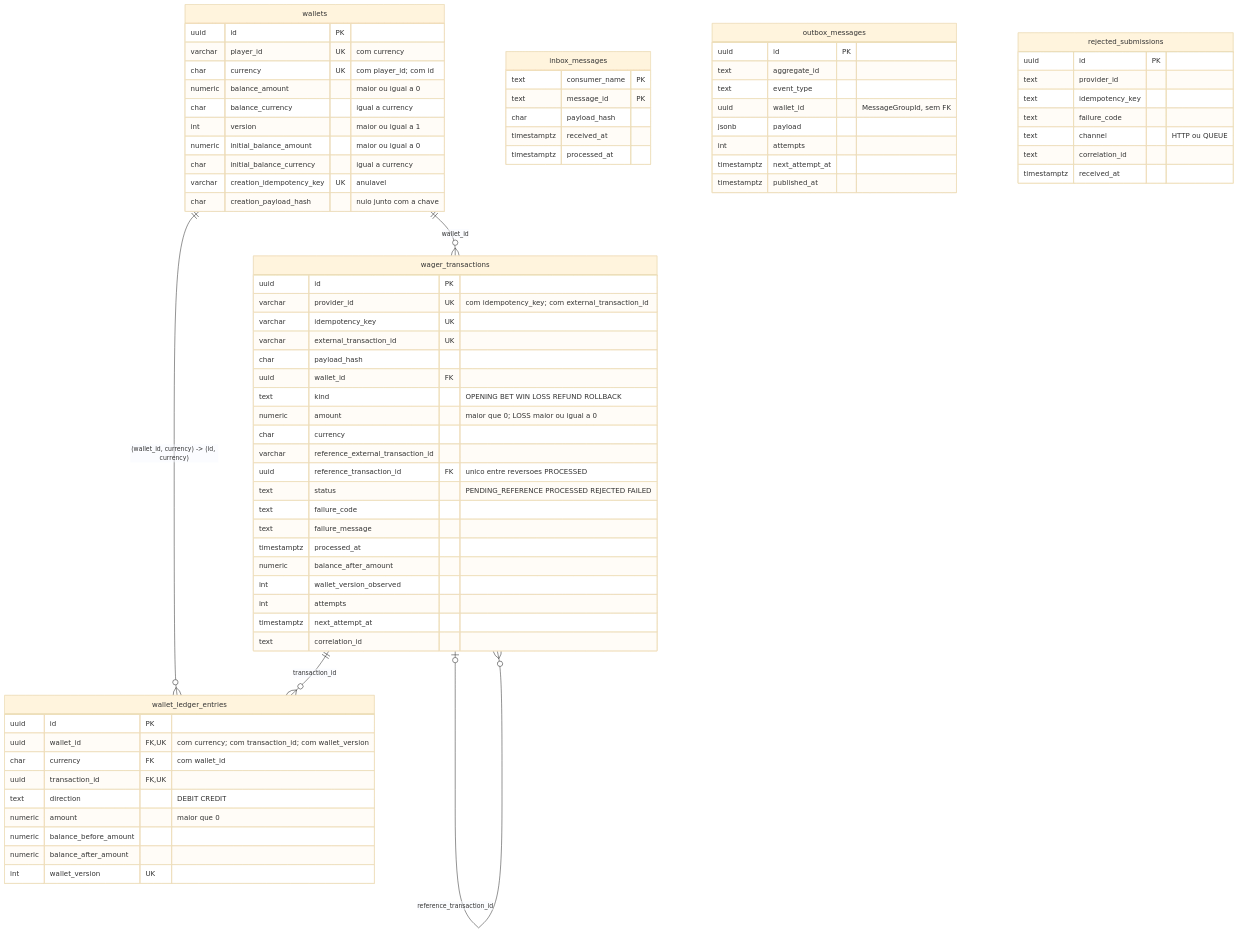
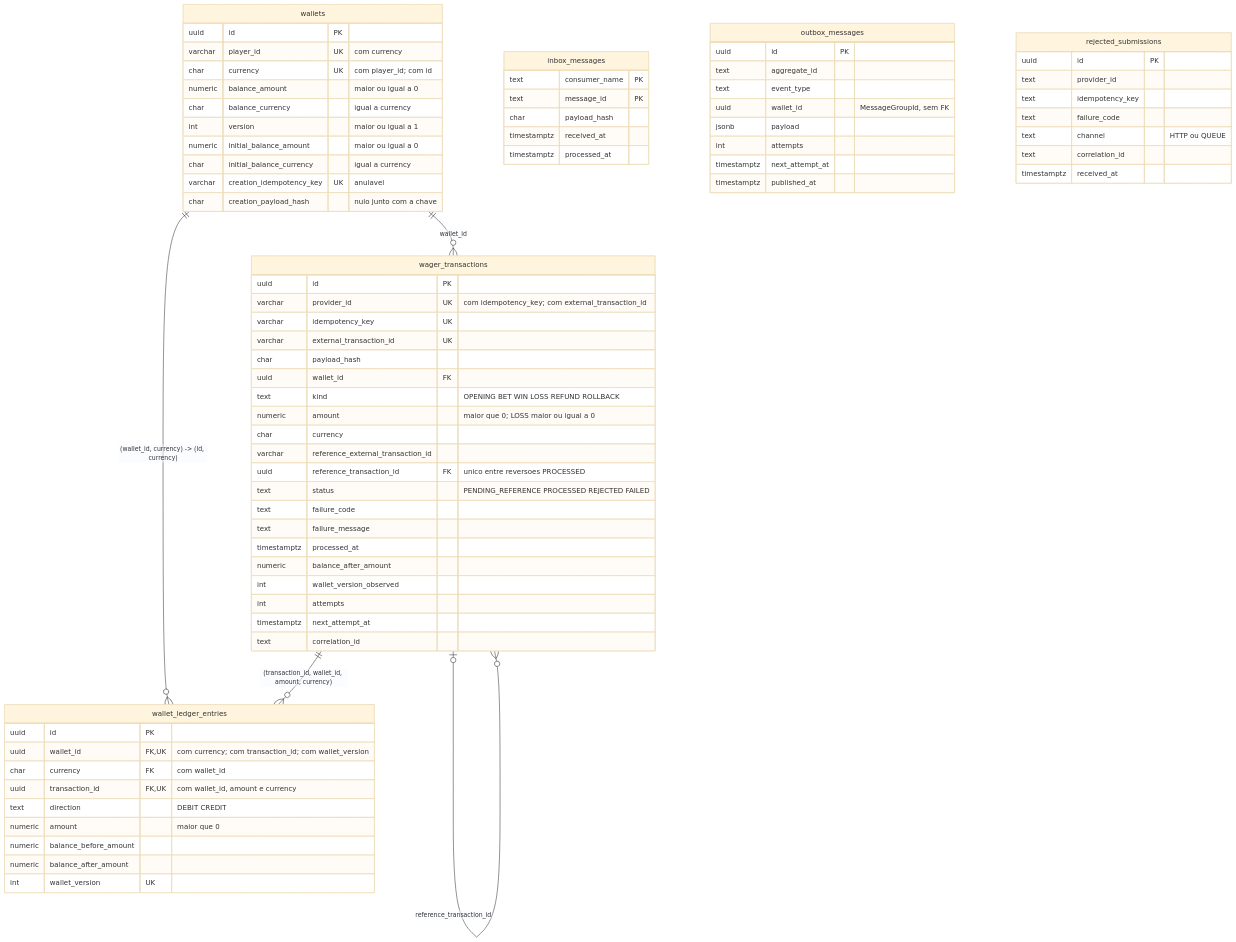
One commit to PPrauchner/distributed-wagering-processor changed the diagram in docs/data-model.md. Above: the diagram before and after it, drawn with Mermaid (base theme). The commit also changed other lines of this file and 1 other file, not shown here.

```diff
--- a/docs/data-model.md
+++ b/docs/data-model.md
@@ -22,7 +22,7 @@
 erDiagram
     wallets ||--o{ wager_transactions : "wallet_id"
     wallets ||--o{ wallet_ledger_entries : "(wallet_id, currency) -> (id, currency)"
-    wager_transactions ||--o{ wallet_ledger_entries : "transaction_id"
+    wager_transactions ||--o{ wallet_ledger_entries : "(transaction_id, wallet_id, amount, currency)"
     wager_transactions |o--o{ wager_transactions : "reference_transaction_id"
 
     wallets {
@@ -65,7 +65,7 @@
         uuid id PK
         uuid wallet_id FK,UK "com currency; com transaction_id; com wallet_version"
         char currency FK "com wallet_id"
-        uuid transaction_id FK,UK
+        uuid transaction_id FK,UK "com wallet_id, amount e currency"
         text direction "DEBIT CREDIT"
         numeric amount "maior que 0"
         numeric balance_before_amount
```
